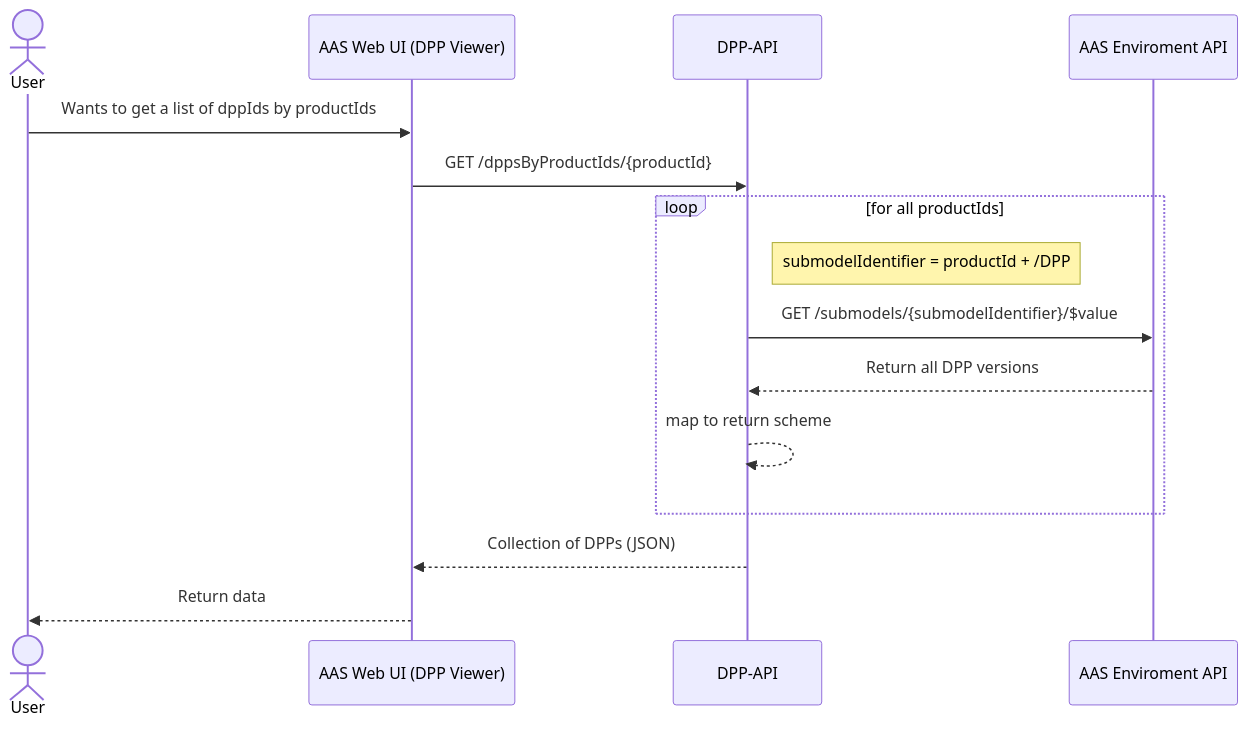
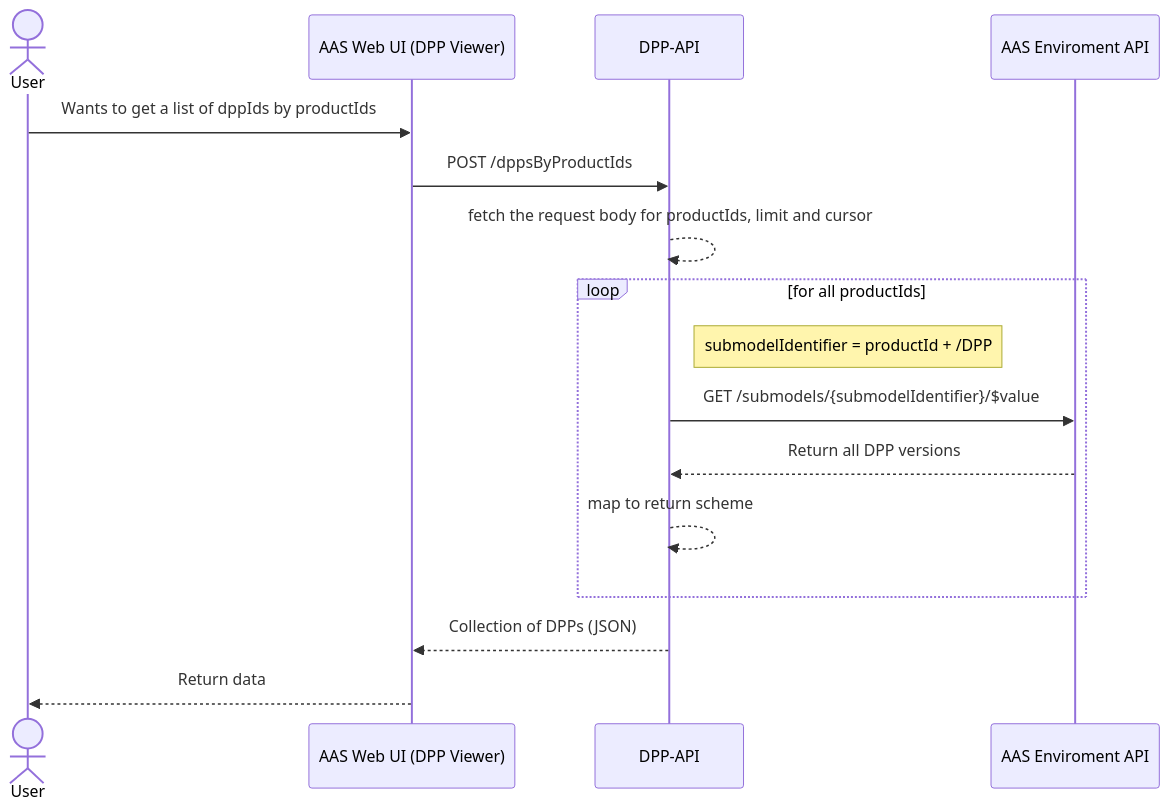
One commit to DHBW-TINF24F/Team6-BaSyx-DPP-API changed the seventh of 10 diagrams in PROJECT/SAS/mapping/mapping.md. Above: the diagram before and after it, drawn with Mermaid. The commit also changed other lines of this file, not shown here.

Commit message:
further info to GET /dppsByProductIdAndDate & quick redraw with POST /dppsByProductIds

````diff
--- a/PROJECT/SAS/mapping/mapping.md
+++ b/PROJECT/SAS/mapping/mapping.md
@@ -267,21 +277,23 @@
 ```mermaid
 sequenceDiagram
   actor User
   participant Web as AAS Web UI (DPP Viewer)
   participant API as DPP-API
   participant Env as AAS Enviroment API
 
   User->>Web: Wants to get a list of dppIds by productIds
-  Web->>API: GET /dppsByProductIds/{productId}
+  Web->>API: POST /dppsByProductIds
+
+  API-->>API: fetch the request body for productIds, limit and cursor
   
   loop for all productIds
     Note right of API: submodelIdentifier = productId + /DPP
     
     API->>Env: GET /submodels/{submodelIdentifier}/$value
     Env-->>API: Return all DPP versions
     API-->>API: map to return scheme
   end
 
   API-->>Web: Collection of DPPs (JSON)
   Web-->>User: Return data
 ```
````
